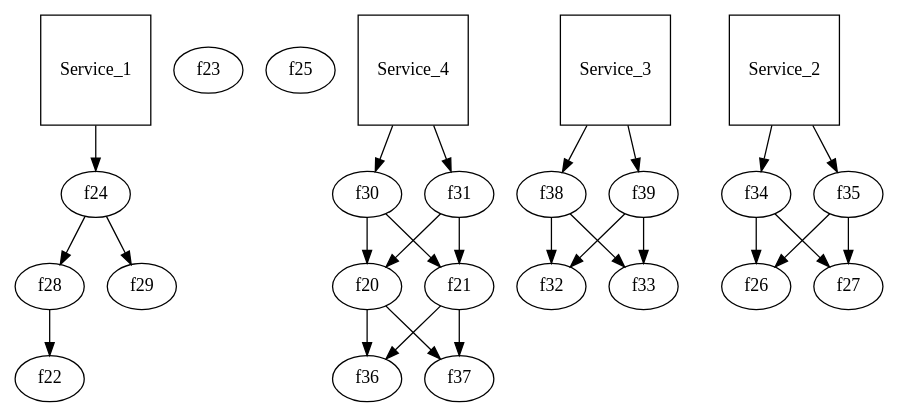
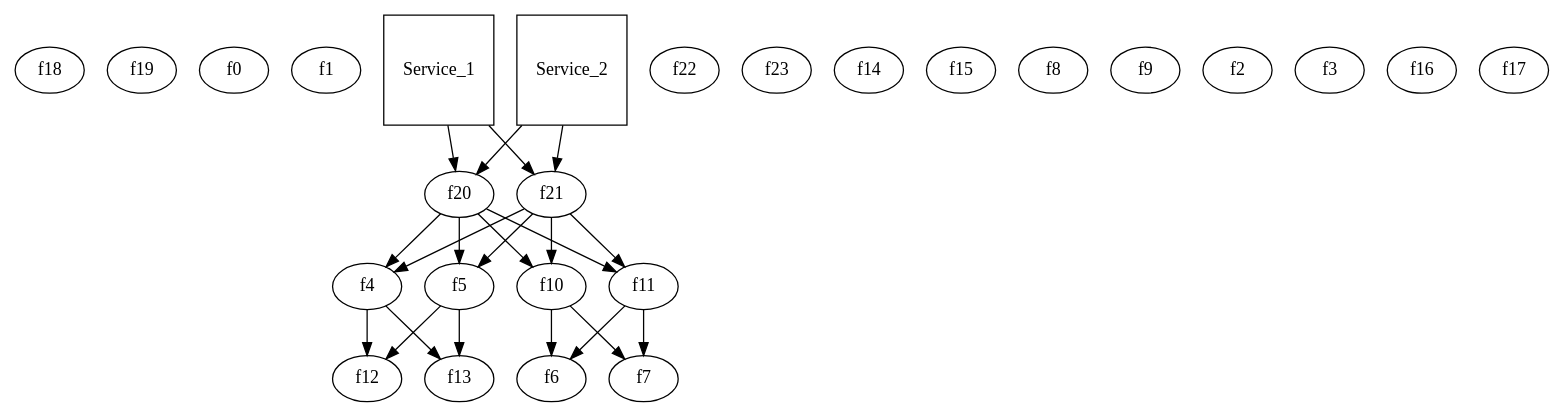
One commit to pcoppens/chaos-re changed the diagram in runDs.dot. Above: the diagram before and after it, drawn with Graphviz. The commit also changed 9 other files, not shown here.

```diff
--- a/runDs.dot
+++ b/runDs.dot
@@ -1,24 +1,20 @@
 digraph System{
+	f18 ; 	f19 ; 
+	f0 ; 	f1 ; 
+	f4 ; 	f5 ; 
 	f22 ; 	f23 ; 
-	f24 ; 	f25 ; 
+	f10 ; 	f11 ; 
+	f14 ; 	f15 ; 
 	f20 ; 	f21 ; 
-	f28 ; 	f29 ; 
-	f30 ; 	f31 ; 
-	f36 ; 	f37 ; 
-	f38 ; 	f39 ; 
-	f32 ; 	f33 ; 
-	f26 ; 	f27 ; 
-	f34 ; 	f35 ; 
+	f8 ; 	f9 ; 
+	f12 ; 	f13 ; 
+	f2 ; 	f3 ; 
+	f6 ; 	f7 ; 
+	f16 ; 	f17 ; 
 Service_1[shape=square];
- Service_1->f24; f24 -> f28 -> f22;
-f24 ->f29; 
+ Service_1->f20; Service_1->f21; f20 -> f4 -> f12;
+f20 ->f5; f21 ->f5; f21 ->f4; f4 ->f13; f5 ->f13; f5 ->f12; 
 Service_2[shape=square];
- Service_2->f34; Service_2->f35; f34 -> f26;
-f34 ->f27; f35 ->f27; f35 ->f26; 
-Service_3[shape=square];
- Service_3->f38; Service_3->f39; f38 -> f32;
-f38 ->f33; f39 ->f33; f39 ->f32; 
-Service_4[shape=square];
- Service_4->f30; Service_4->f31; f30 -> f20 -> f36;
-f30 ->f21; f31 ->f21; f31 ->f20; f20 ->f37; f21 ->f37; f21 ->f36; 
+ Service_2->f20; Service_2->f21; f20 -> f10 -> f6;
+f20 ->f11; f21 ->f11; f21 ->f10; f10 ->f7; f11 ->f7; f11 ->f6; 
 }
```
